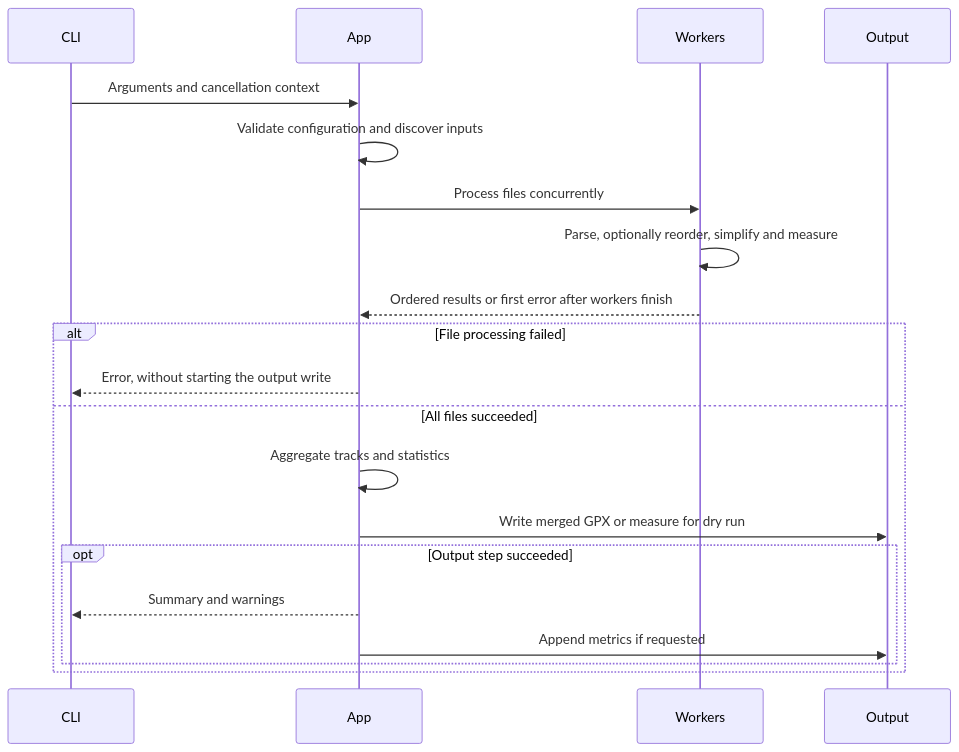
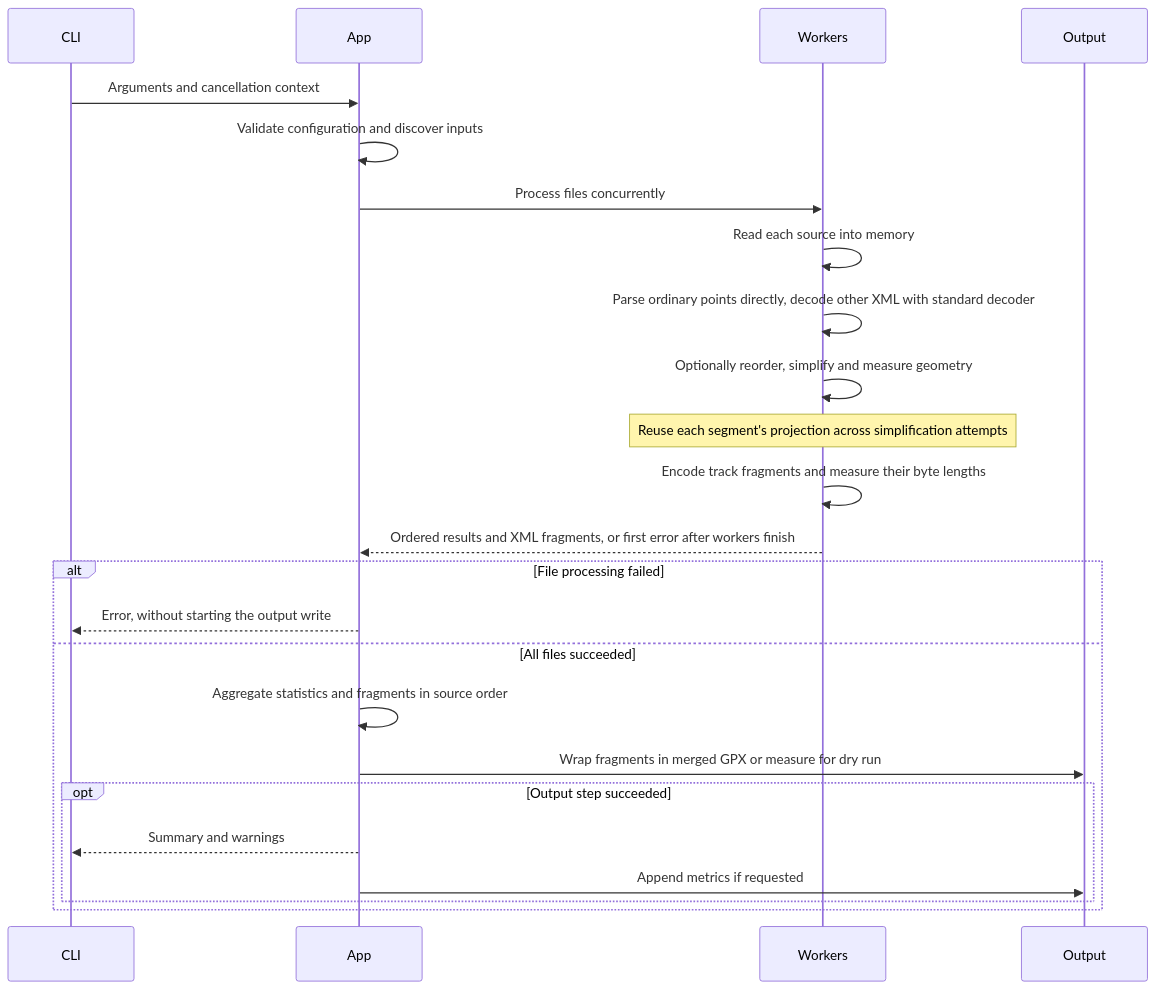
The diagram in docs/ARCHITECTURE.md (DaniilHarik/gpx-merge), drawn with Mermaid before and after one commit. The commit also changed other lines of this file and 15 other files, not shown here.

Commit message:
fix: speed up GPX merging and verify output equality

````diff
--- a/docs/ARCHITECTURE.md
+++ b/docs/ARCHITECTURE.md
@@ -7,22 +7,26 @@
 ```mermaid
 sequenceDiagram
     participant CLI
     participant App
     participant Workers
     participant Output
     CLI->>App: Arguments and cancellation context
     App->>App: Validate configuration and discover inputs
     App->>Workers: Process files concurrently
-    Workers->>Workers: Parse, optionally reorder, simplify and measure
-    Workers-->>App: Ordered results or first error after workers finish
+    Workers->>Workers: Read each source into memory
+    Workers->>Workers: Parse ordinary points directly, decode other XML with standard decoder
+    Workers->>Workers: Optionally reorder, simplify and measure geometry
+    Note over Workers: Reuse each segment's projection across simplification attempts
+    Workers->>Workers: Encode track fragments and measure their byte lengths
+    Workers-->>App: Ordered results and XML fragments, or first error after workers finish
     alt File processing failed
         App-->>CLI: Error, without starting the output write
     else All files succeeded
-        App->>App: Aggregate tracks and statistics
-        App->>Output: Write merged GPX or measure for dry run
+        App->>App: Aggregate statistics and fragments in source order
+        App->>Output: Wrap fragments in merged GPX or measure for dry run
         opt Output step succeeded
             App-->>CLI: Summary and warnings
             App->>Output: Append metrics if requested
         end
     end
 ```
````
